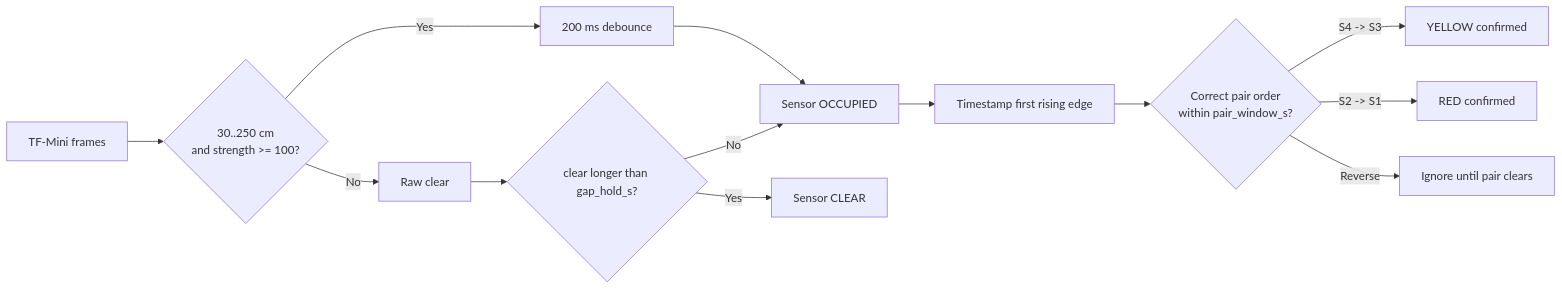
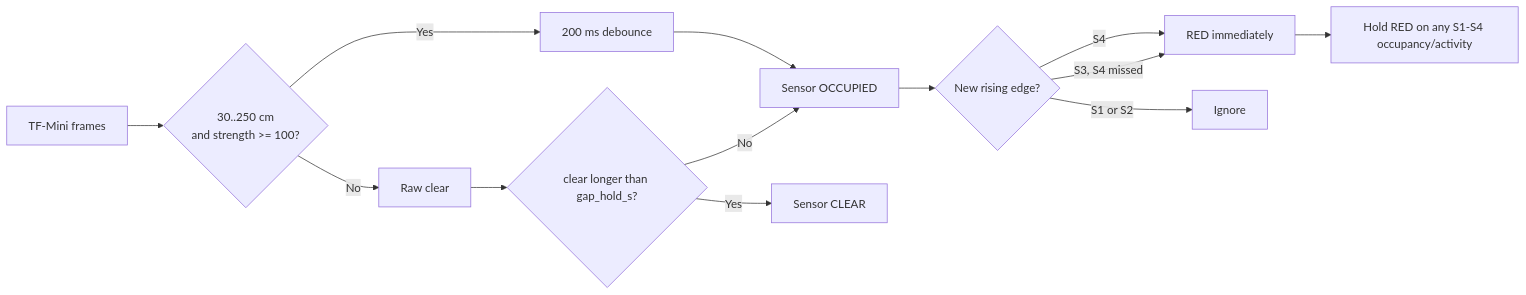
The first of 2 diagrams in docs/LOGIC.md (amrtdemdevteam/Auto_E_car_traffic_light), drawn with Mermaid before and after one commit. The commit also changed other lines of this file and 9 other files, not shown here.

Commit message:
feat: hold red until corridor is clear

````diff
--- a/docs/LOGIC.md
+++ b/docs/LOGIC.md
@@ -28,15 +29,15 @@
 ```mermaid
 flowchart LR
     A[TF-Mini frames] --> B{30..250 cm\nand strength >= 100?}
     B -- No --> C[Raw clear]
     B -- Yes --> D[200 ms debounce]
     D --> E[Sensor OCCUPIED]
     C --> F{clear longer than gap_hold_s?}
     F -- No --> E
     F -- Yes --> G[Sensor CLEAR]
-    E --> H[Timestamp first rising edge]
-    H --> I{Correct pair order\nwithin pair_window_s?}
-    I -- S4 -> S3 --> J[YELLOW confirmed]
-    I -- S2 -> S1 --> K[RED confirmed]
-    I -- Reverse --> L[Ignore until pair clears]
+    E --> H{New rising edge?}
+    H -- S4 --> I[RED immediately]
+    H -- S3, S4 missed --> I
+    H -- S1 or S2 --> L[Ignore]
+    I --> J[Hold RED on any S1-S4 occupancy/activity]
 ```
````
